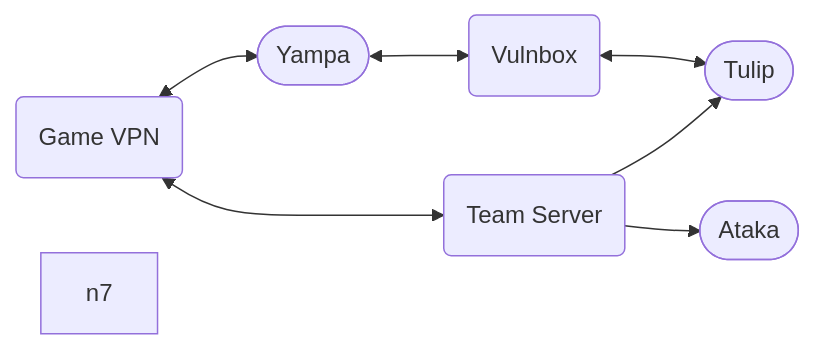
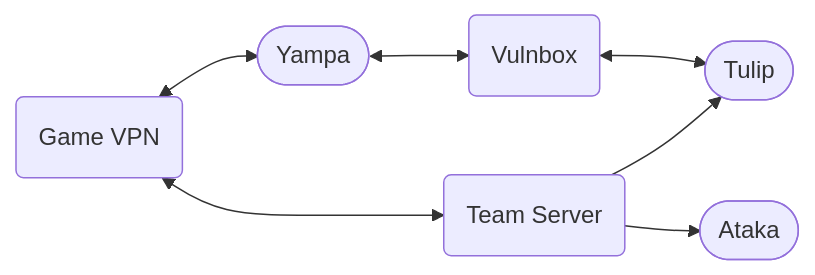
One commit to fc8005bf3f9b5a0584b26200f40d68f9/ad-docs-v2 changed the diagram in README.md. Above: the diagram before and after it, drawn with Mermaid.

Commit message:
Remove 'n7' shape from README.md
Removed 'n7' shape from the list in README.

````diff
--- a/README.md
+++ b/README.md
@@ -4,12 +4,11 @@
 ```mermaid
 flowchart LR
     n1["Game VPN"] <--> n2(["Yampa"]) & n4["Team Server"]
     n2 <--> n3["Vulnbox"]
     n4 --> n5(["Tulip"]) & n6(["Ataka"])
     n3 <--> n5
 
     n1@{ shape: rounded}
     n4@{ shape: rounded}
     n3@{ shape: rounded}
-    n7@{ shape: rect}
 ```
````
